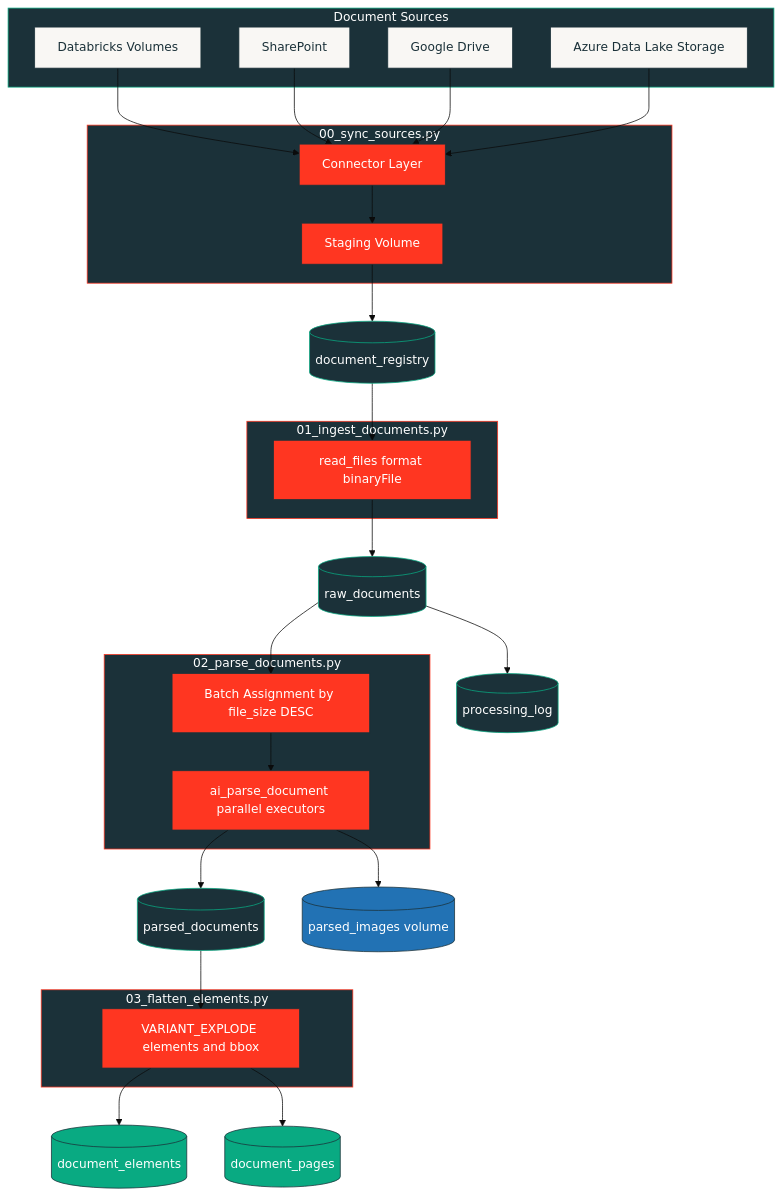
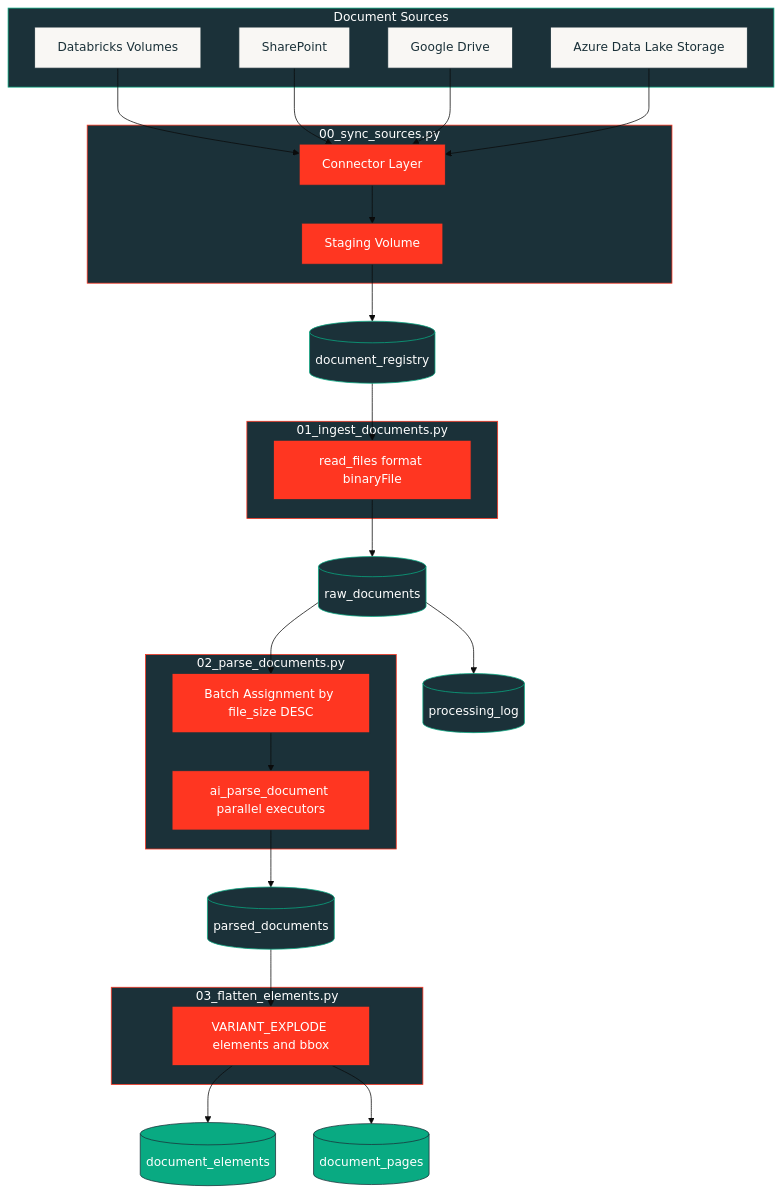
The first of 3 diagrams in README.md (contractordeep/databricks-doc-process-pipeline), drawn with Mermaid before and after one commit. The commit also changed other lines of this file and 214 other files, not shown here.

First line of the commit message:
Doc viewer: center page, fit bboxes, default catalog/schema (main, doc_processing)

````diff
--- a/README.md
+++ b/README.md
@@ -124,60 +134,57 @@
 ```mermaid
 %%{init: {'theme':'base', 'themeVariables': { 'titleColor':'#FFFFFF', 'tertiaryTextColor':'#FFFFFF', 'clusterBkg':'#1B3139', 'clusterBorder':'#09AA82', 'primaryTextColor':'#1B3139', 'textColor':'#1B3139' }}}%%
 flowchart TB
     subgraph Sources["Document Sources"]
         VOL["Databricks Volumes"]
         SP["SharePoint"]
         GD["Google Drive"]
         ADLS["Azure Data Lake Storage"]
     end
 
     subgraph Sync["00_sync_sources.py"]
         CONN["Connector Layer"]
         STAGE["Staging Volume"]
     end
 
     subgraph Ingest["01_ingest_documents.py"]
         RF["read_files format binaryFile"]
     end
 
     subgraph Parse["02_parse_documents.py"]
         BATCH["Batch Assignment by file_size DESC"]
         AIP["ai_parse_document parallel executors"]
     end
 
     subgraph Flatten["03_flatten_elements.py"]
         EXPLODE["VARIANT_EXPLODE elements and bbox"]
     end
 
     VOL & SP & GD & ADLS --> CONN
     CONN --> STAGE
     STAGE --> REG[(document_registry)]
     REG --> RF
     RF --> RAW[(raw_documents)]
     RAW --> BATCH
     BATCH --> AIP
     AIP --> PARSED[(parsed_documents)]
-    AIP --> IMGVOL[("parsed_images volume")]
     PARSED --> EXPLODE
     EXPLODE --> DE[(document_elements)]
     EXPLODE --> DP[(document_pages)]
     RAW --> LOG[(processing_log)]
 
     classDef source fill:#F9F7F4,stroke:#1B3139,color:#1B3139
     classDef stage fill:#FF3621,stroke:#1B3139,color:#fff
     classDef table fill:#1B3139,stroke:#09AA82,color:#fff
     classDef gold fill:#09AA82,stroke:#1B3139,color:#fff
-    classDef volume fill:#2272B4,stroke:#1B3139,color:#fff
 
     class VOL,SP,GD,ADLS source
     class CONN,STAGE,RF,BATCH,AIP,EXPLODE stage
     class REG,RAW,PARSED,LOG table
     class DE,DP gold
-    class IMGVOL volume
 
     style Sources fill:#1B3139,stroke:#09AA82,color:#fff
     style Sync fill:#1B3139,stroke:#FF3621,color:#fff
     style Ingest fill:#1B3139,stroke:#FF3621,color:#fff
     style Parse fill:#1B3139,stroke:#FF3621,color:#fff
     style Flatten fill:#1B3139,stroke:#FF3621,color:#fff
 ```
````
